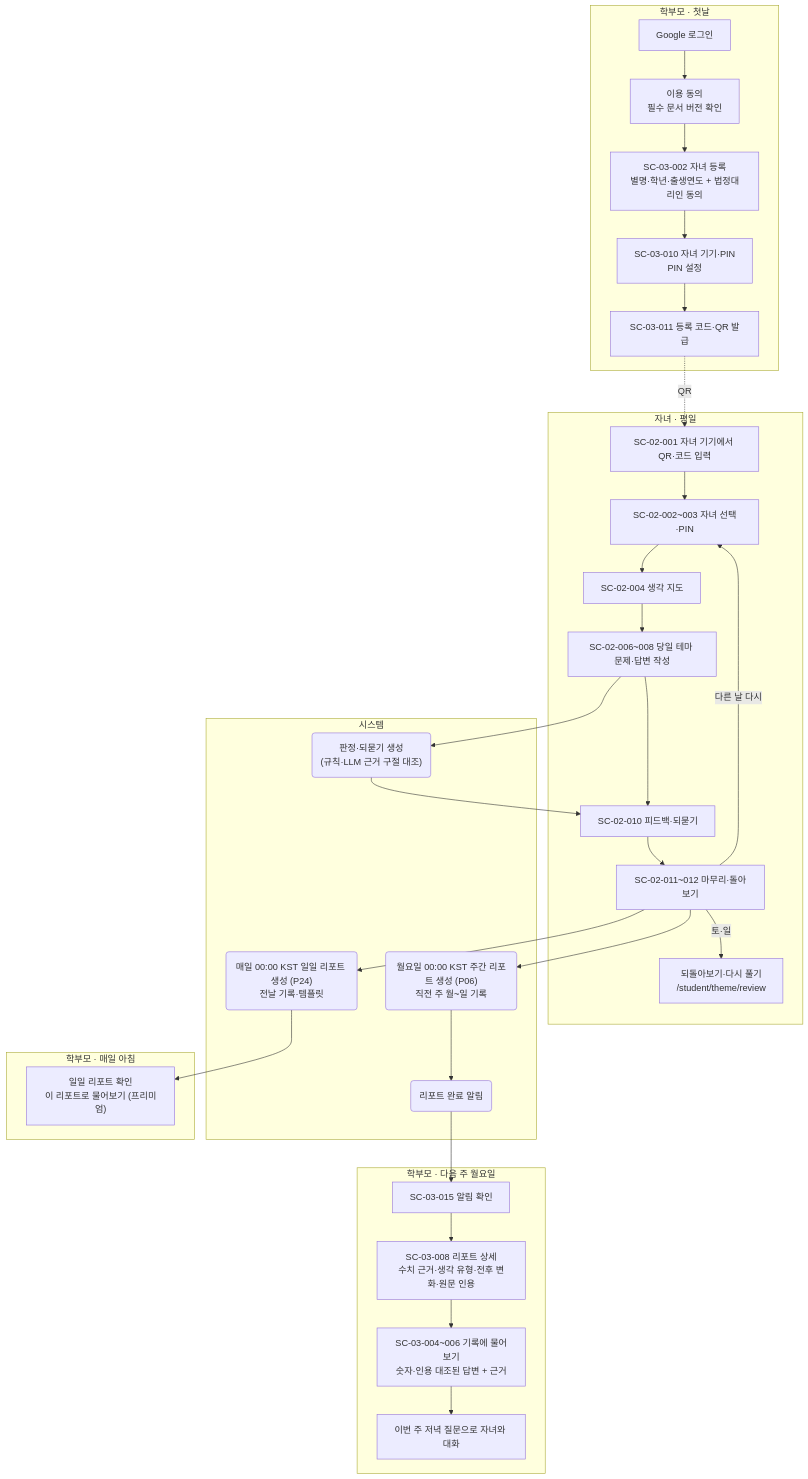
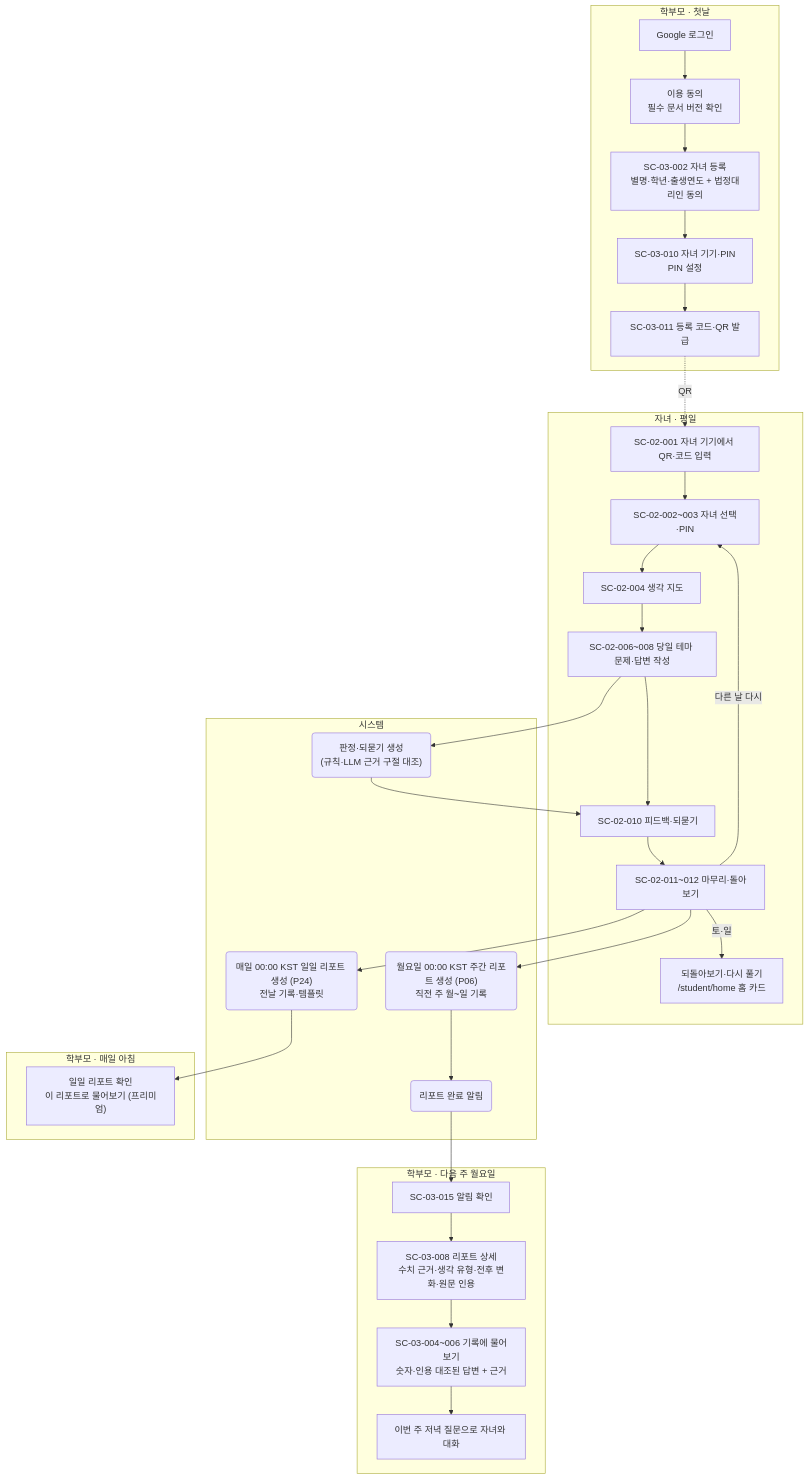
One commit to SKNETWORKS-FAMILY-AICAMP/SKN34-FINAL-3TEAM changed the fifth of 12 diagrams in docs/design/user-flow.md. Above: the diagram before and after it, drawn with Mermaid. The commit also changed other lines of this file and 24 other files, not shown here.

First line of the commit message:
docs: 구현 완료 기능 상태 표기·ERD 버전·색인 갱신 (#420)

````diff
--- a/docs/design/user-flow.md
+++ b/docs/design/user-flow.md
@@ -192,41 +192,41 @@
 ```mermaid
 flowchart TD
   subgraph P1["학부모 · 첫날"]
     A1["Google 로그인"] --> A2["이용 동의<br/>필수 문서 버전 확인"]
     A2 --> A3["SC-03-002 자녀 등록<br/>별명·학년·출생연도 + 법정대리인 동의"]
     A3 --> A4["SC-03-010 자녀 기기·PIN<br/>PIN 설정"]
     A4 --> A5["SC-03-011 등록 코드·QR 발급"]
   end
 
   subgraph S1["자녀 · 평일"]
     B1["SC-02-001 자녀 기기에서 QR·코드 입력"] --> B2["SC-02-002~003 자녀 선택·PIN"]
     B2 --> B3["SC-02-004 생각 지도"]
     B3 --> B4["SC-02-006~008 당일 테마 문제·답변 작성"]
     B4 --> B5["SC-02-010 피드백·되묻기"]
     B5 --> B6["SC-02-011~012 마무리·돌아보기"]
     B6 -->|"다른 날 다시"| B2
-    B6 -->|"토·일"| B7["되돌아보기·다시 풀기<br/>/student/theme/review"]
+    B6 -->|"토·일"| B7["되돌아보기·다시 풀기<br/>/student/home 홈 카드"]
   end
 
   subgraph SYS["시스템"]
     C1("판정·되묻기 생성<br/>(규칙·LLM 근거 구절 대조)")
     C2("월요일 00:00 KST 주간 리포트 생성 (P06)<br/>직전 주 월~일 기록")
     C3("리포트 완료 알림")
     C4("매일 00:00 KST 일일 리포트 생성 (P24)<br/>전날 기록·템플릿")
   end
 
   subgraph P0["학부모 · 매일 아침"]
     D0["일일 리포트 확인<br/>이 리포트로 물어보기 (프리미엄)"]
   end
 
   subgraph P2["학부모 · 다음 주 월요일"]
     D1["SC-03-015 알림 확인"] --> D2["SC-03-008 리포트 상세<br/>수치 근거·생각 유형·전후 변화·원문 인용"]
     D2 --> D3["SC-03-004~006 기록에 물어보기<br/>숫자·인용 대조된 답변 + 근거"]
     D3 --> D4["이번 주 저녁 질문으로 자녀와 대화"]
   end
 
   A5 -.->|"QR"| B1
   B4 --> C1 --> B5
   B6 --> C2 --> C3 --> D1
   B6 --> C4 --> D0
 ```
````
